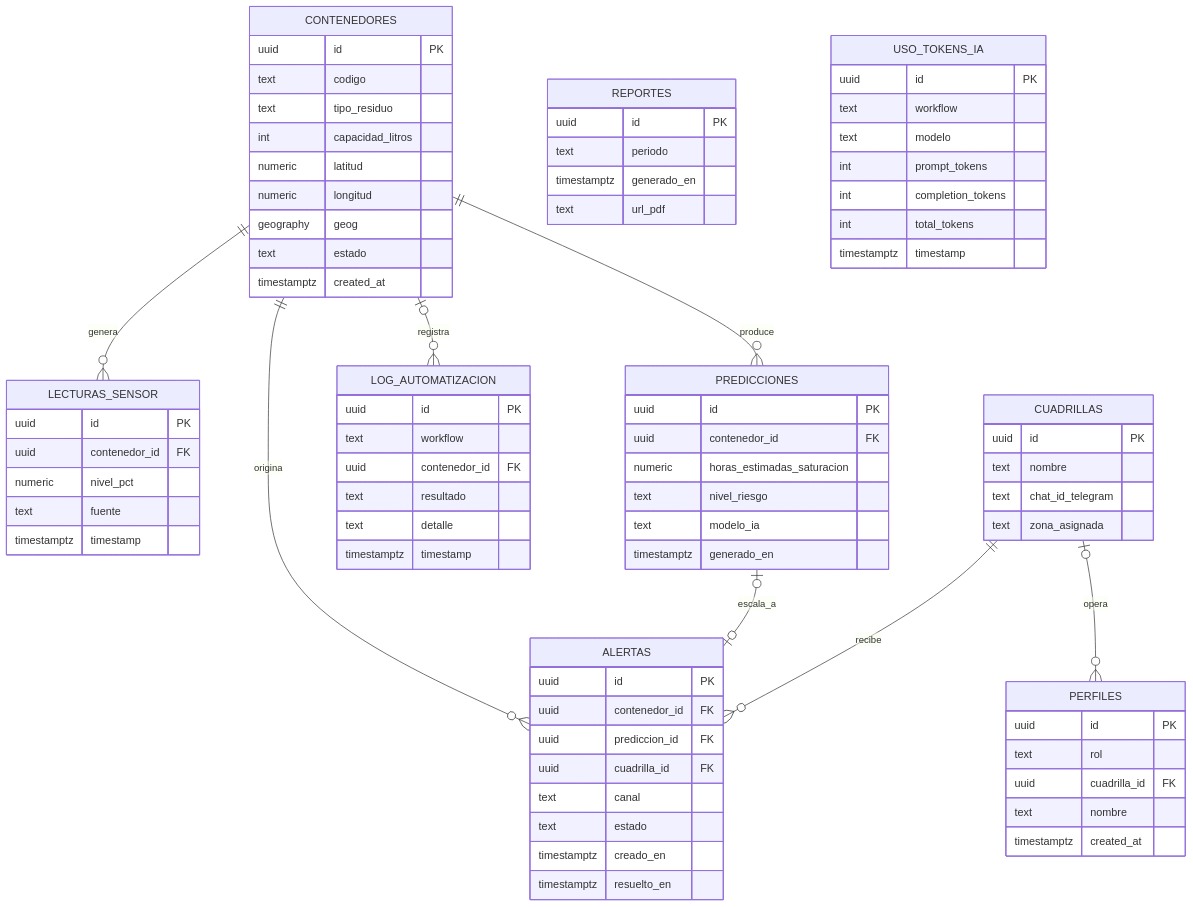
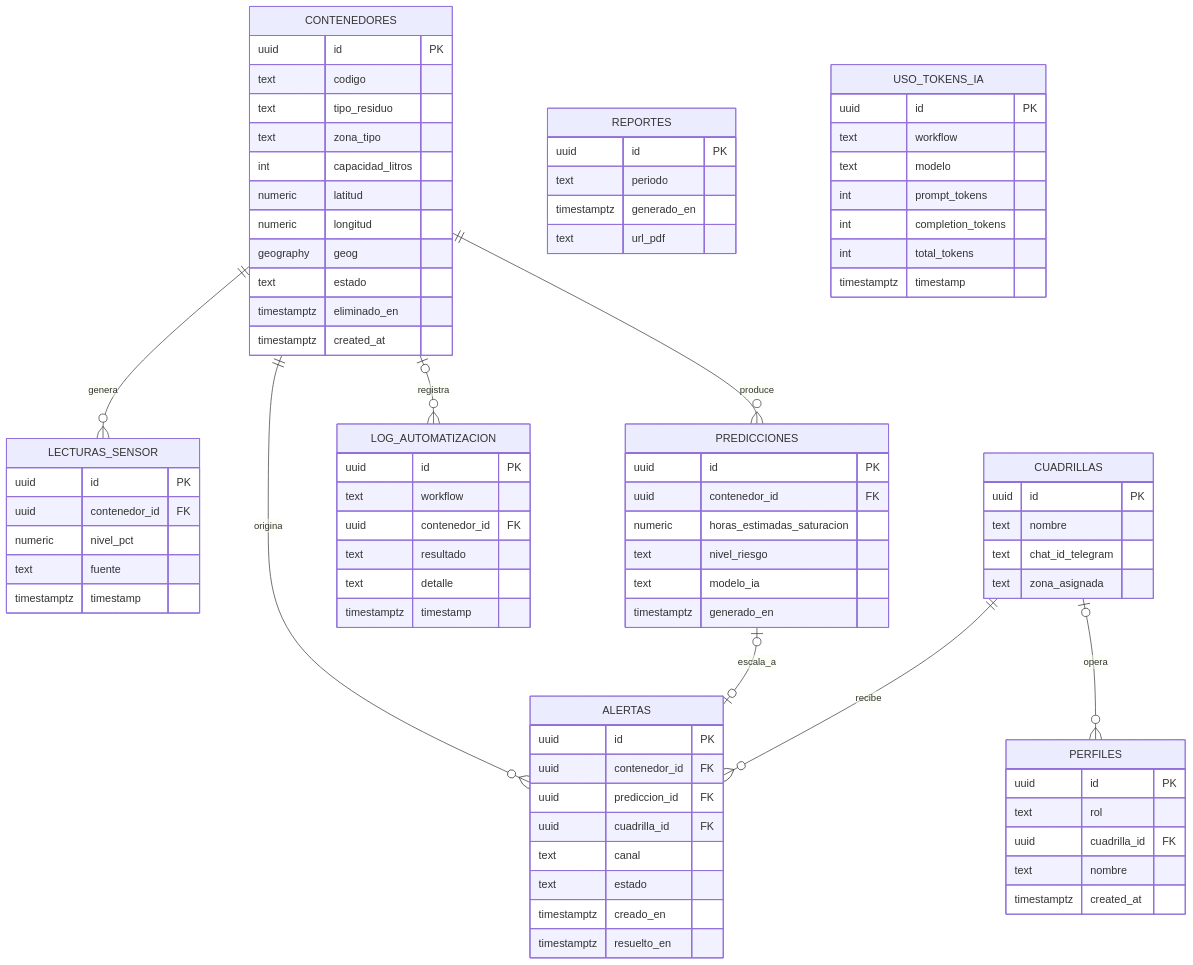
One commit to Jguedezf/SIMDES changed the fourth of 4 diagrams in docs/INFORME-FINAL.md. Above: the diagram before and after it, drawn with Mermaid. The commit also changed other lines of this file and 12 other files, not shown here.

```diff
--- a/docs/INFORME-FINAL.md
+++ b/docs/INFORME-FINAL.md
@@ -739,11 +739,13 @@
         uuid id PK
         text codigo
         text tipo_residuo
+        text zona_tipo
         int capacidad_litros
         numeric latitud
         numeric longitud
         geography geog
         text estado
+        timestamptz eliminado_en
         timestamptz created_at
     }
     LECTURAS_SENSOR {
```
